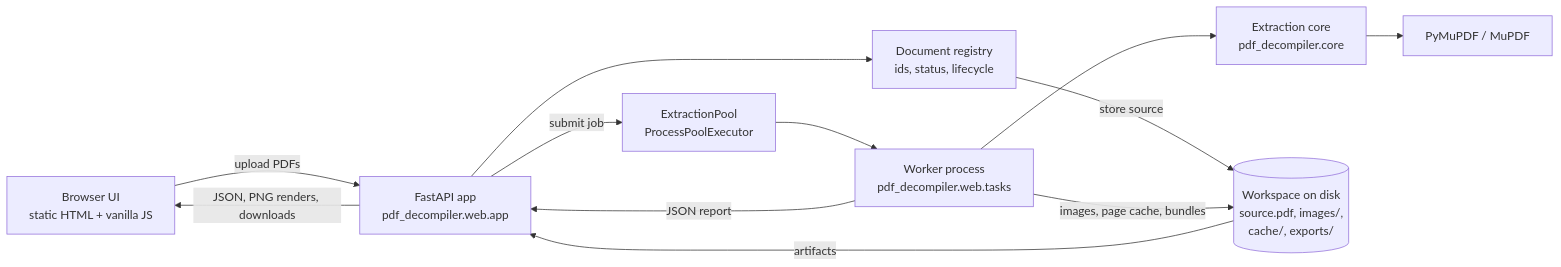
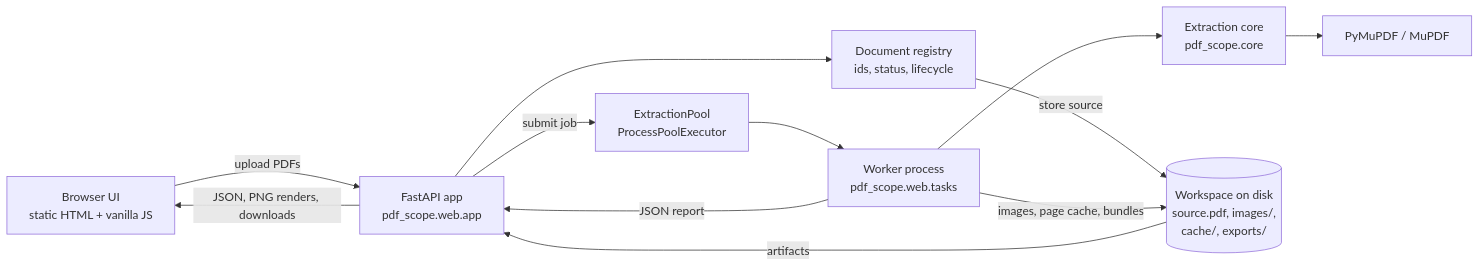
One commit to mborchuk/pdf-scope changed the diagram in README.md. Above: the diagram before and after it, drawn with Mermaid. The commit also changed other lines of this file and 36 other files, not shown here.

````diff
--- a/README.md
+++ b/README.md
@@ -140,23 +153,23 @@
 ```mermaid
 flowchart LR
     U["Browser UI<br/>static HTML + vanilla JS"]
-    A["FastAPI app<br/>pdf_decompiler.web.app"]
+    A["FastAPI app<br/>pdf_scope.web.app"]
     R["Document registry<br/>ids, status, lifecycle"]
     P["ExtractionPool<br/>ProcessPoolExecutor"]
-    W["Worker process<br/>pdf_decompiler.web.tasks"]
-    C["Extraction core<br/>pdf_decompiler.core"]
+    W["Worker process<br/>pdf_scope.web.tasks"]
+    C["Extraction core<br/>pdf_scope.core"]
     M["PyMuPDF / MuPDF"]
     F[("Workspace on disk<br/>source.pdf, images/,<br/>cache/, exports/")]
 
     U -- "upload PDFs" --> A
     A --> R
     R -- "store source" --> F
     A -- "submit job" --> P
     P --> W
     W --> C
     C --> M
     W -- "images, page cache, bundles" --> F
     W -- "JSON report" --> A
     A -- "JSON, PNG renders, downloads" --> U
     F -- "artifacts" --> A
 ```
````
